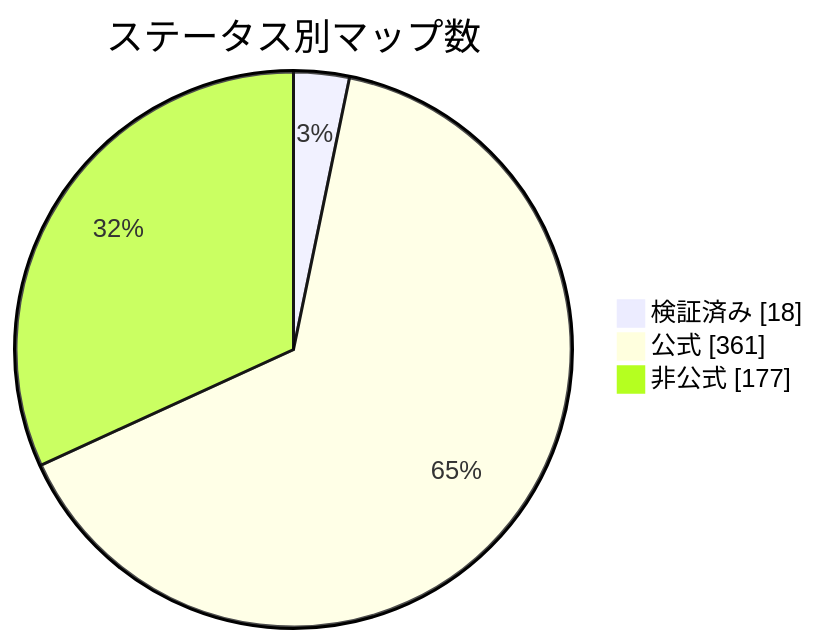
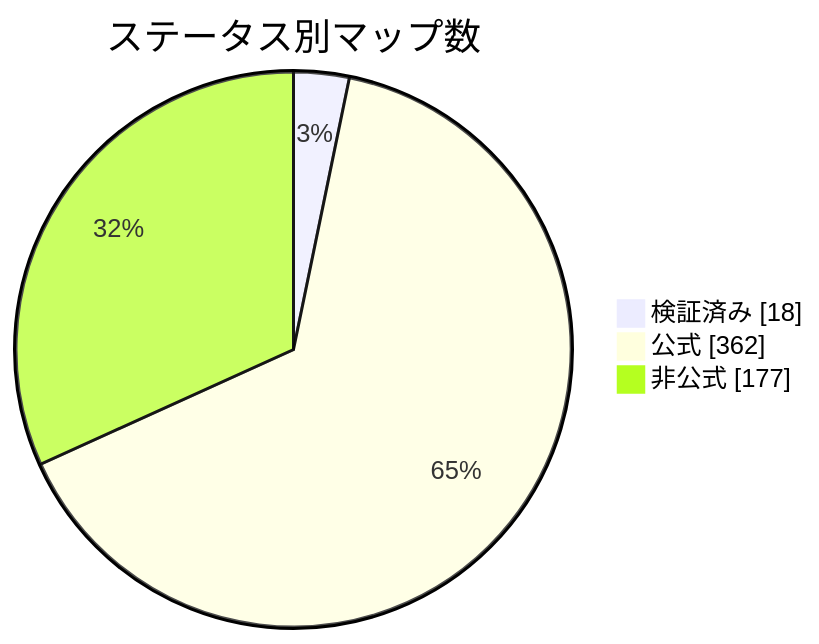
The diagram in docs/readme/README_JP.md (nobrega8/mbmap-library), drawn with Mermaid before and after one commit. The commit also changed 6 other files, not shown here.

````diff
--- a/docs/readme/README_JP.md
+++ b/docs/readme/README_JP.md
@@ -54,7 +54,7 @@
 ```mermaid
 pie showData
     title ステータス別マップ数
     "検証済み" : 18
-    "公式" : 361
+    "公式" : 362
     "非公式" : 177
 ```
````
